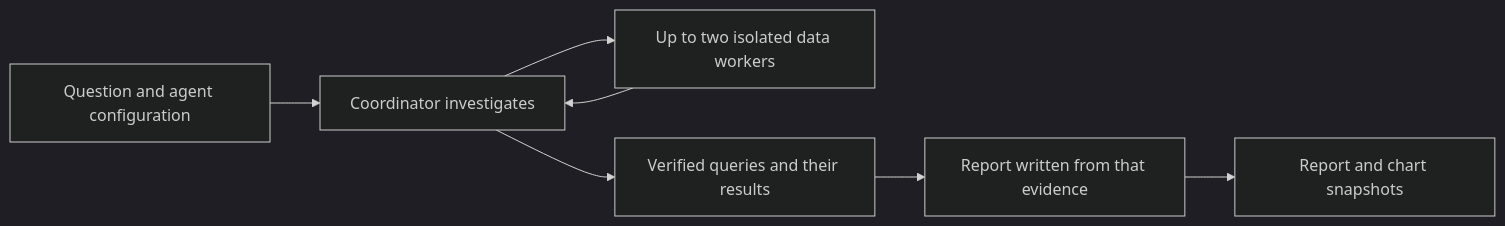
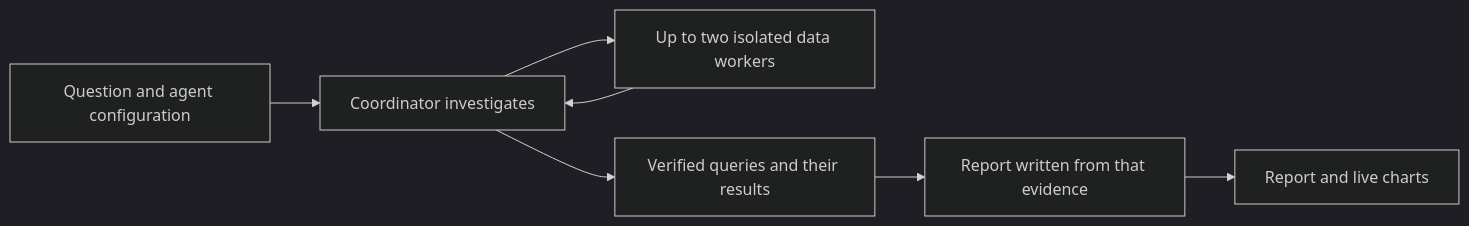
One commit to lightdash/mintlify-docs changed the diagram in guides/ai-agents/deep-research.mdx. Above: the diagram before and after it, drawn with Mermaid (dark theme). The commit also changed other lines of this file, not shown here.

````diff
--- a/guides/ai-agents/deep-research.mdx
+++ b/guides/ai-agents/deep-research.mdx
@@ -41,9 +41,9 @@
 ```mermaid
 flowchart LR
     A["Question and agent configuration"] --> B["Coordinator investigates"]
     B --> C["Up to two isolated data workers"]
     C --> B
     B --> D["Verified queries and their results"]
     D --> E["Report written from that evidence"]
-    E --> F["Report and chart snapshots"]
+    E --> F["Report and live charts"]
 ```
````
